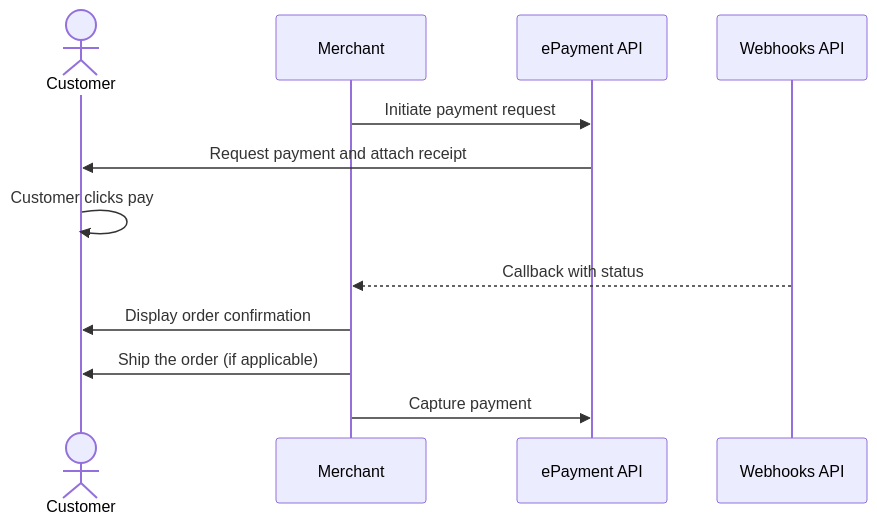
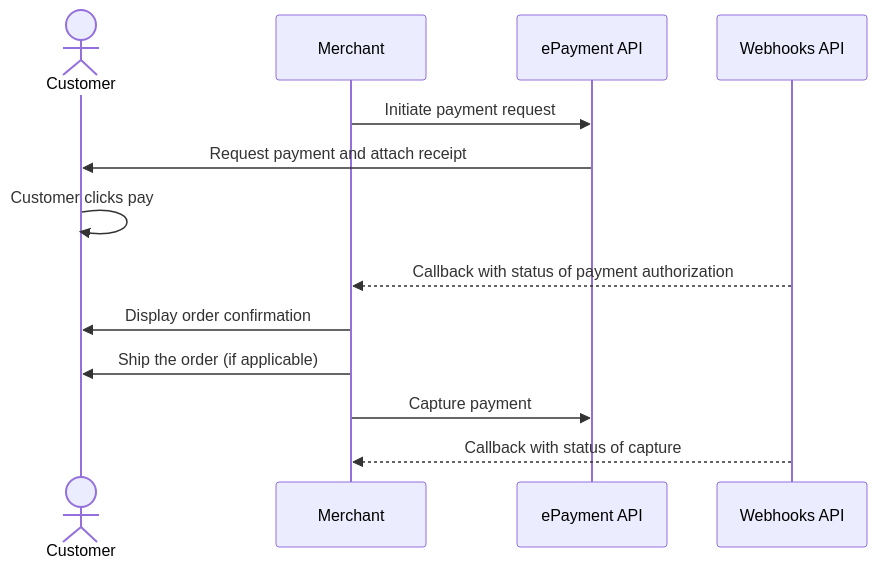
One commit to vippsas/vipps-solutions changed the diagram in online/README.md. Above: the diagram before and after it, drawn with Mermaid. The commit also changed 15 other files, not shown here.

Commit message:
Add capture webhooks

````diff
--- a/online/README.md
+++ b/online/README.md
@@ -143,15 +143,16 @@
 ``` mermaid
 sequenceDiagram
     actor C as Customer
     participant M as Merchant
     participant ePayment as ePayment API
     participant Webhooks as Webhooks API
 
     M->>ePayment: Initiate payment request
     ePayment->>C: Request payment and attach receipt
     C->>C: Customer clicks pay
-    Webhooks-->>M: Callback with status
+    Webhooks-->>M: Callback with status of payment authorization
     M->>C: Display order confirmation
     M->>C: Ship the order (if applicable)
     M->>ePayment: Capture payment
+    Webhooks-->>M: Callback with status of capture
 ```
````
